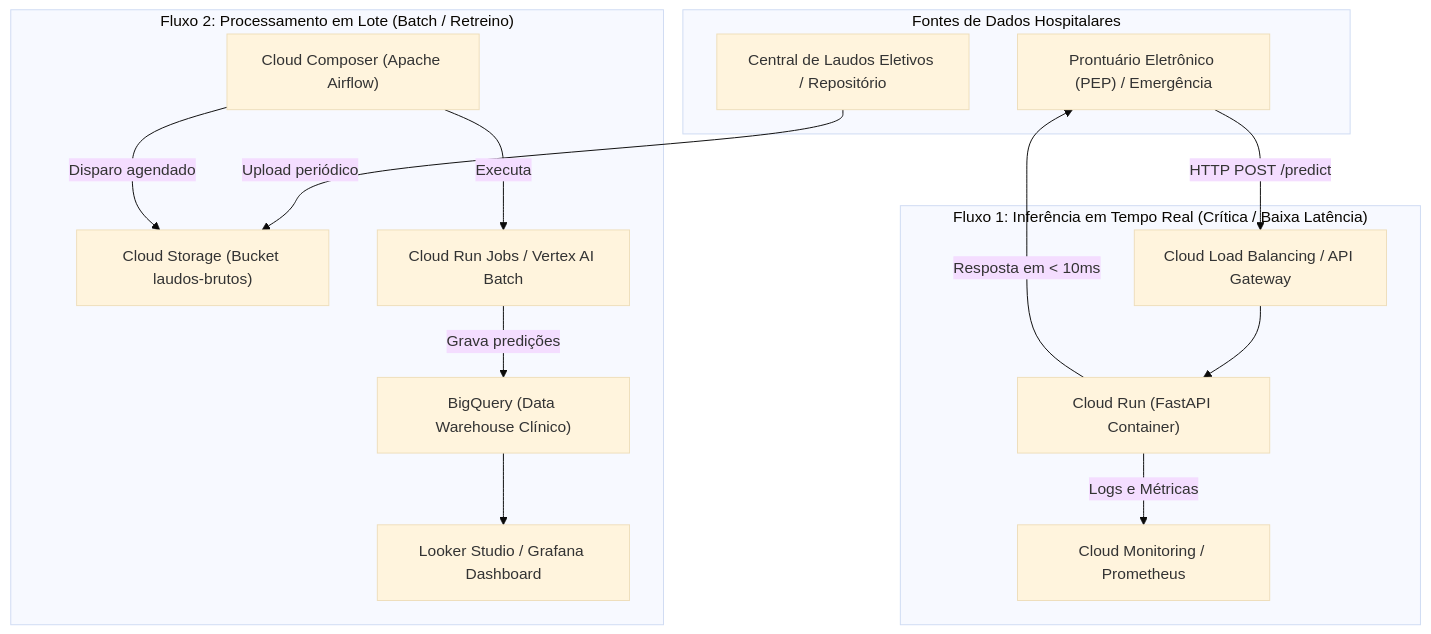
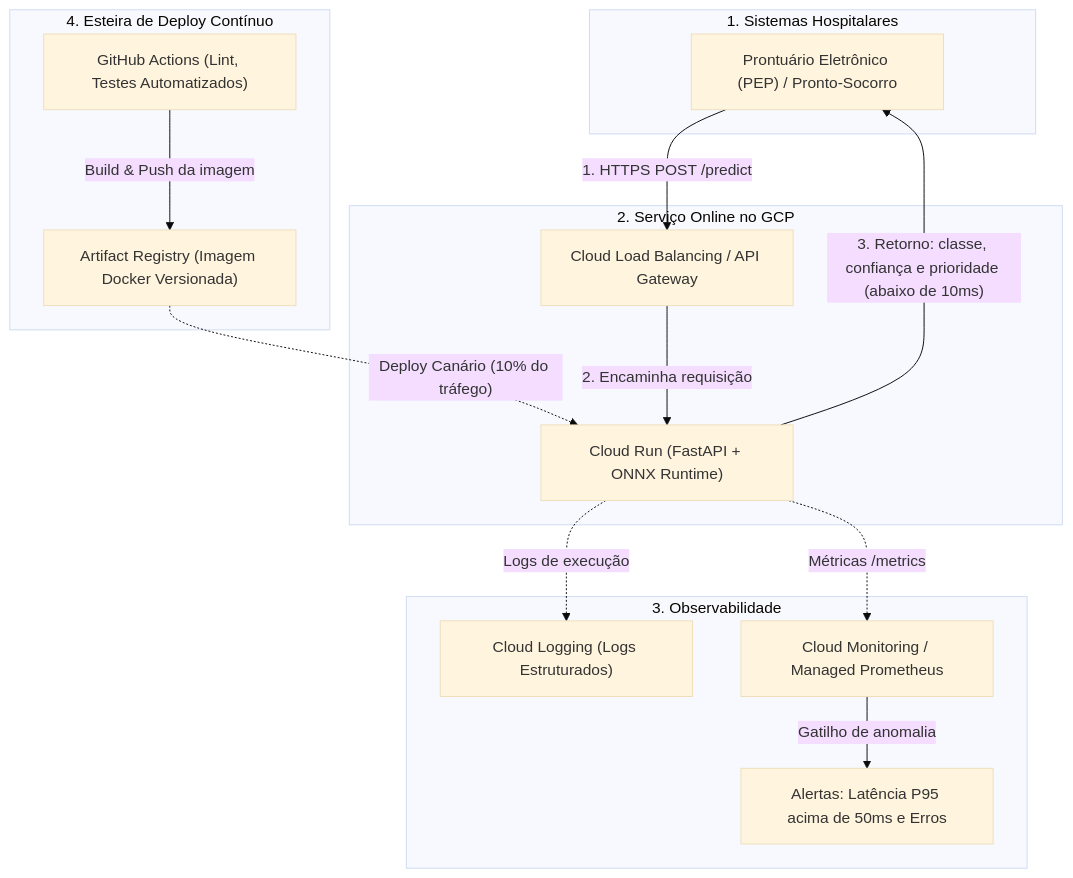
Before and after one commit to samaraprass/fiap_mle_tech_challenge_03: the first of 2 diagrams in README.md, drawn with Mermaid (base theme). The commit also changed other lines of this file, not shown here.

Commit message:
docs: update cloud architecture and inference strategy in README

````diff
--- a/README.md
+++ b/README.md
@@ -25,22 +57,36 @@
 ```mermaid
 flowchart TD
-    subgraph Ingestao["Fontes de Dados Hospitalares"]
-        PEP["Prontuário Eletrônico (PEP) / Emergência"]
-        PACS["Central de Laudos Eletivos / Repositório"]
+    subgraph Cliente["1. Sistemas Hospitalares"]
+        PEP["Prontuário Eletrônico (PEP) / Pronto-Socorro"]
     end
 
-    subgraph TempoReal["Fluxo 1: Inferência em Tempo Real (Crítica / Baixa Latência)"]
-        PEP -->|HTTP POST /predict| APIGW["Cloud Load Balancing / API Gateway"]
-        APIGW --> CR["Cloud Run (FastAPI Container)"]
-        CR -->|Logs e Métricas| MON["Cloud Monitoring / Prometheus"]
-        CR -->|Resposta em < 10ms| PEP
+    subgraph Servico["2. Serviço Online no GCP"]
+        LB["Cloud Load Balancing / API Gateway"]
+        CR["Cloud Run (FastAPI + ONNX Runtime)"]
     end
 
-    subgraph Lote["Fluxo 2: Processamento em Lote (Batch / Retreino)"]
-        PACS -->|Upload periódico| GCS["Cloud Storage (Bucket laudos-brutos)"]
-        COMP["Cloud Composer (Apache Airflow)"] -->|Disparo agendado| GCS
-        COMP -->|Executa| CRJ["Cloud Run Jobs / Vertex AI Batch"]
-        CRJ -->|Grava predições| BQ["BigQuery (Data Warehouse Clínico)"]
-        BQ --> DASH["Looker Studio / Grafana Dashboard"]
+    subgraph Obs["3. Observabilidade"]
+        LOG["Cloud Logging (Logs Estruturados)"]
+        MON["Cloud Monitoring / Managed Prometheus"]
+        ALERT["Alertas: Latência P95 acima de 50ms e Erros"]
     end
+
+    subgraph Entrega["4. Esteira de Deploy Contínuo"]
+        GH["GitHub Actions (Lint, Testes Automatizados)"]
+        ARF["Artifact Registry (Imagem Docker Versionada)"]
+    end
+
+    %% Fluxo Crítico de Inferência
+    PEP -->|"1. HTTPS POST /predict"| LB
+    LB -->|"2. Encaminha requisição"| CR
+    CR -->|"3. Retorno: classe, confiança e prioridade (abaixo de 10ms)"| PEP
+
+    %% Telemetria e Logs
+    CR -.->|"Logs de execução"| LOG
+    CR -.->|"Métricas /metrics"| MON
+    MON -->|"Gatilho de anomalia"| ALERT
+
+    %% Pipeline CI/CD
+    GH -->|"Build & Push da imagem"| ARF
+    ARF -.->|"Deploy Canário (10% do tráfego)"| CR
 ```
````
